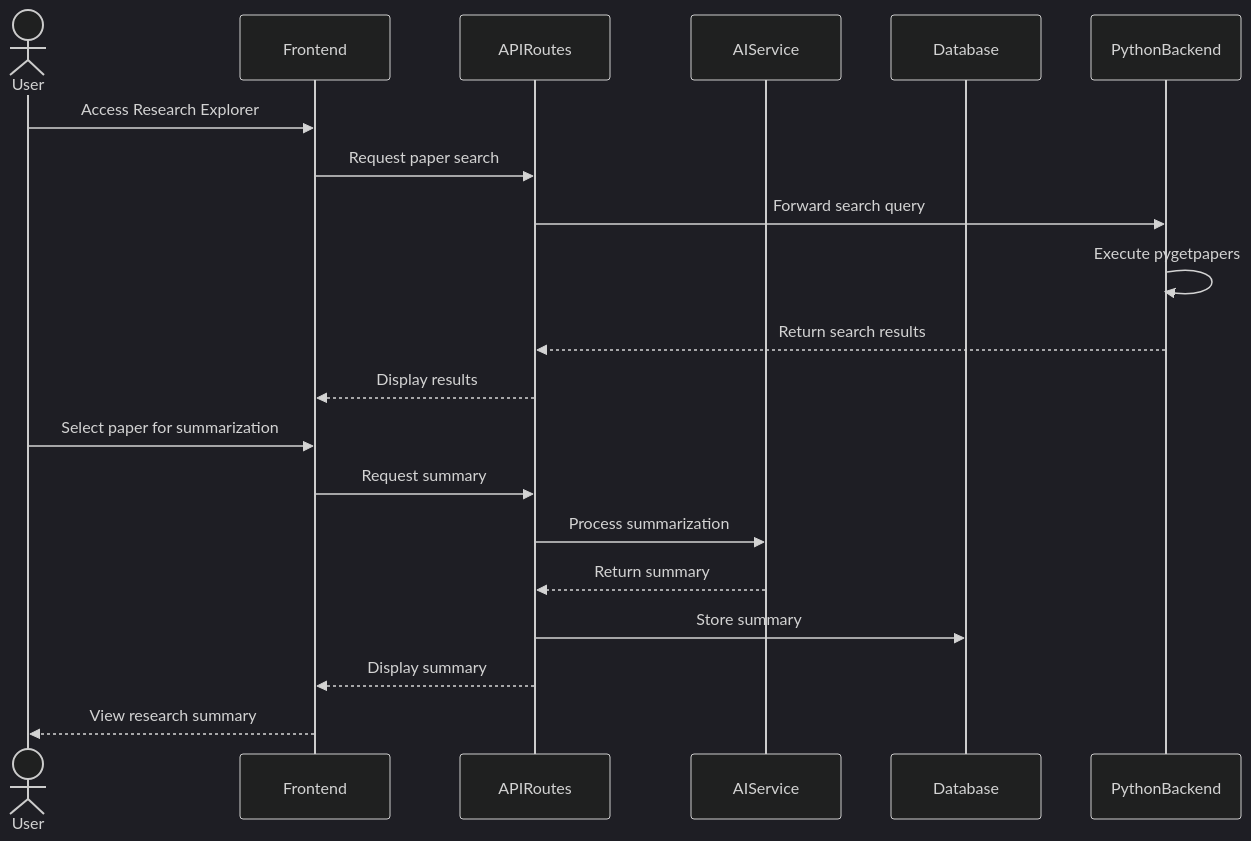
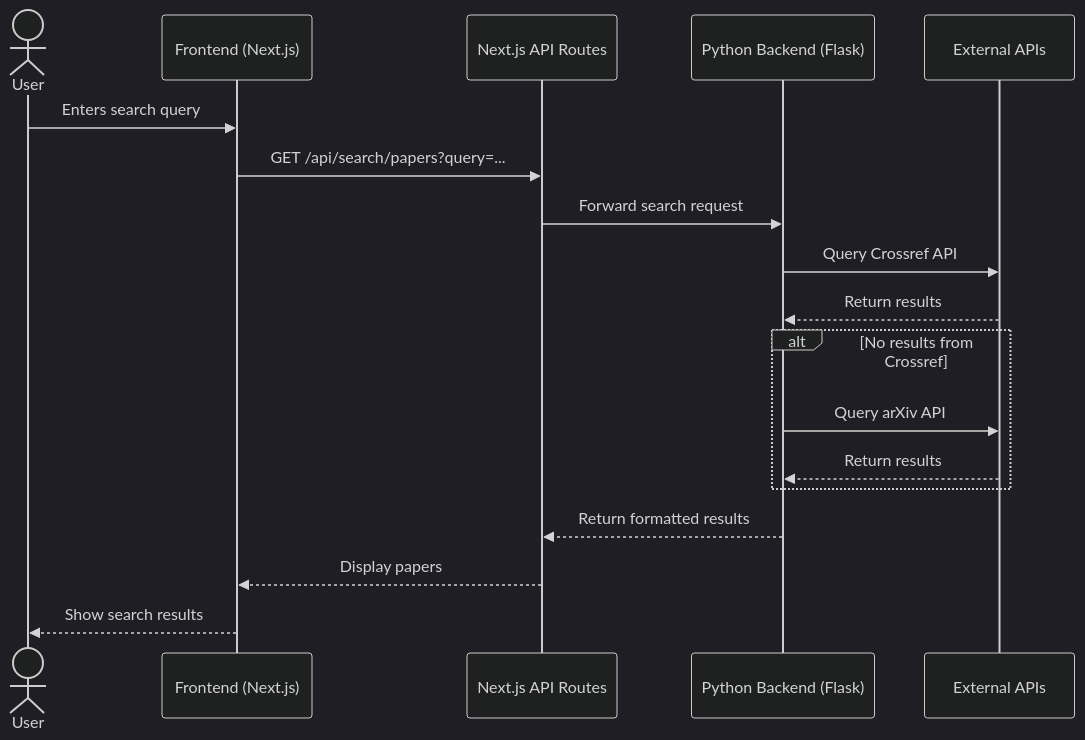
Before and after one commit to Kedhareswer/thesisflow-ai: the first of 3 diagrams in README.md, drawn with Mermaid (dark theme). The commit also changed other lines of this file and 2 other files, not shown here.

Commit message:
Research

````diff
--- a/README.md
+++ b/README.md
@@ -153,23 +208,21 @@
 ```mermaid
 sequenceDiagram
     actor User
-    participant Frontend
-    participant APIRoutes
-    participant AIService
-    participant Database
-    participant PythonBackend
+    participant Frontend as Frontend (Next.js)
+    participant API as Next.js API Routes
+    participant Python as Python Backend (Flask)
+    participant External as External APIs
     
-    User->>Frontend: Access Research Explorer
-    Frontend->>APIRoutes: Request paper search
-    APIRoutes->>PythonBackend: Forward search query
-    PythonBackend->>PythonBackend: Execute pygetpapers
-    PythonBackend-->>APIRoutes: Return search results
-    APIRoutes-->>Frontend: Display results
-    User->>Frontend: Select paper for summarization
-    Frontend->>APIRoutes: Request summary
-    APIRoutes->>AIService: Process summarization
-    AIService-->>APIRoutes: Return summary
-    APIRoutes->>Database: Store summary
-    APIRoutes-->>Frontend: Display summary
-    Frontend-->>User: View research summary
+    User->>Frontend: Enters search query
+    Frontend->>API: GET /api/search/papers?query=...
+    API->>Python: Forward search request
+    Python->>External: Query Crossref API
+    External-->>Python: Return results
+    alt No results from Crossref
+        Python->>External: Query arXiv API
+        External-->>Python: Return results
+    end
+    Python-->>API: Return formatted results
+    API-->>Frontend: Display papers
+    Frontend-->>User: Show search results
 ```
````
